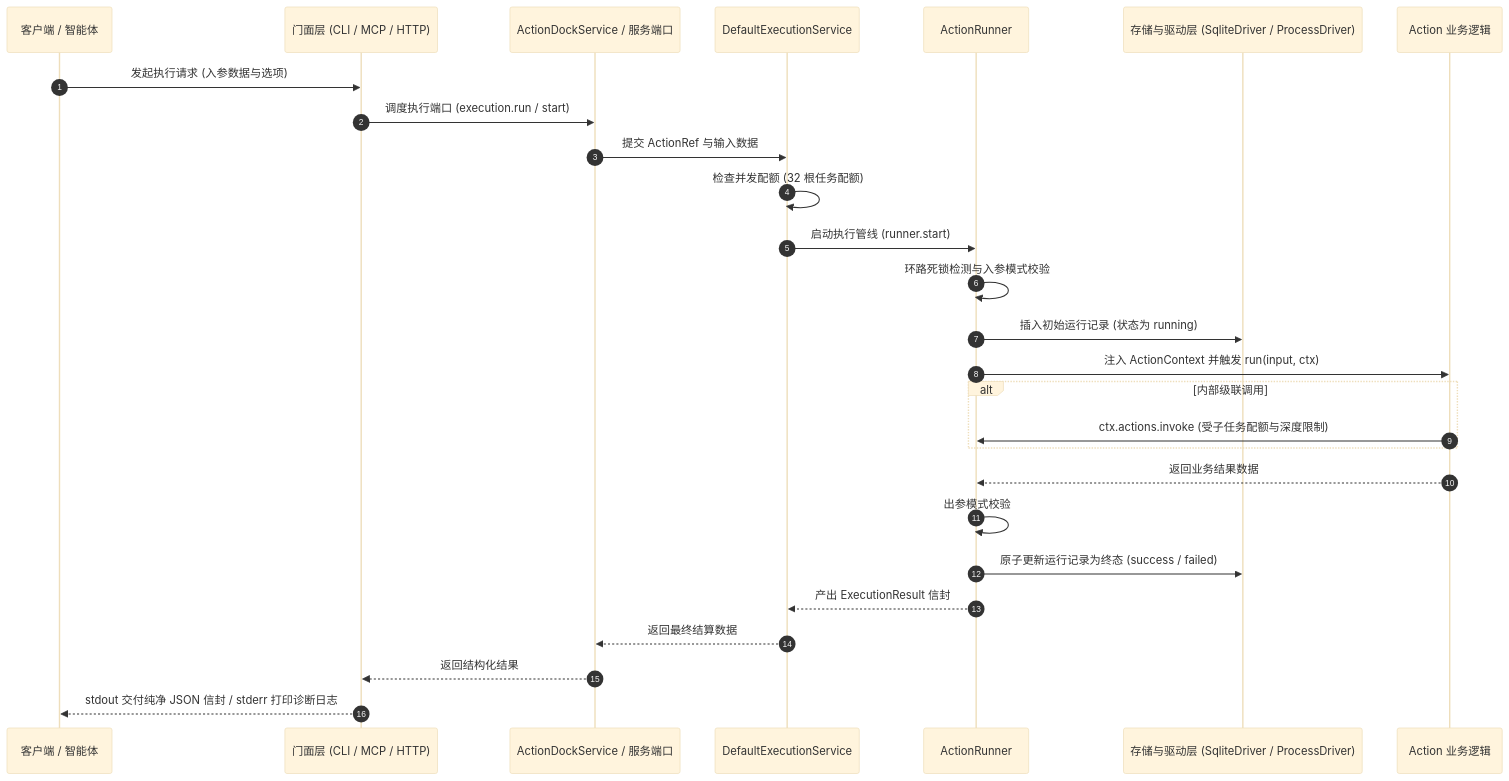
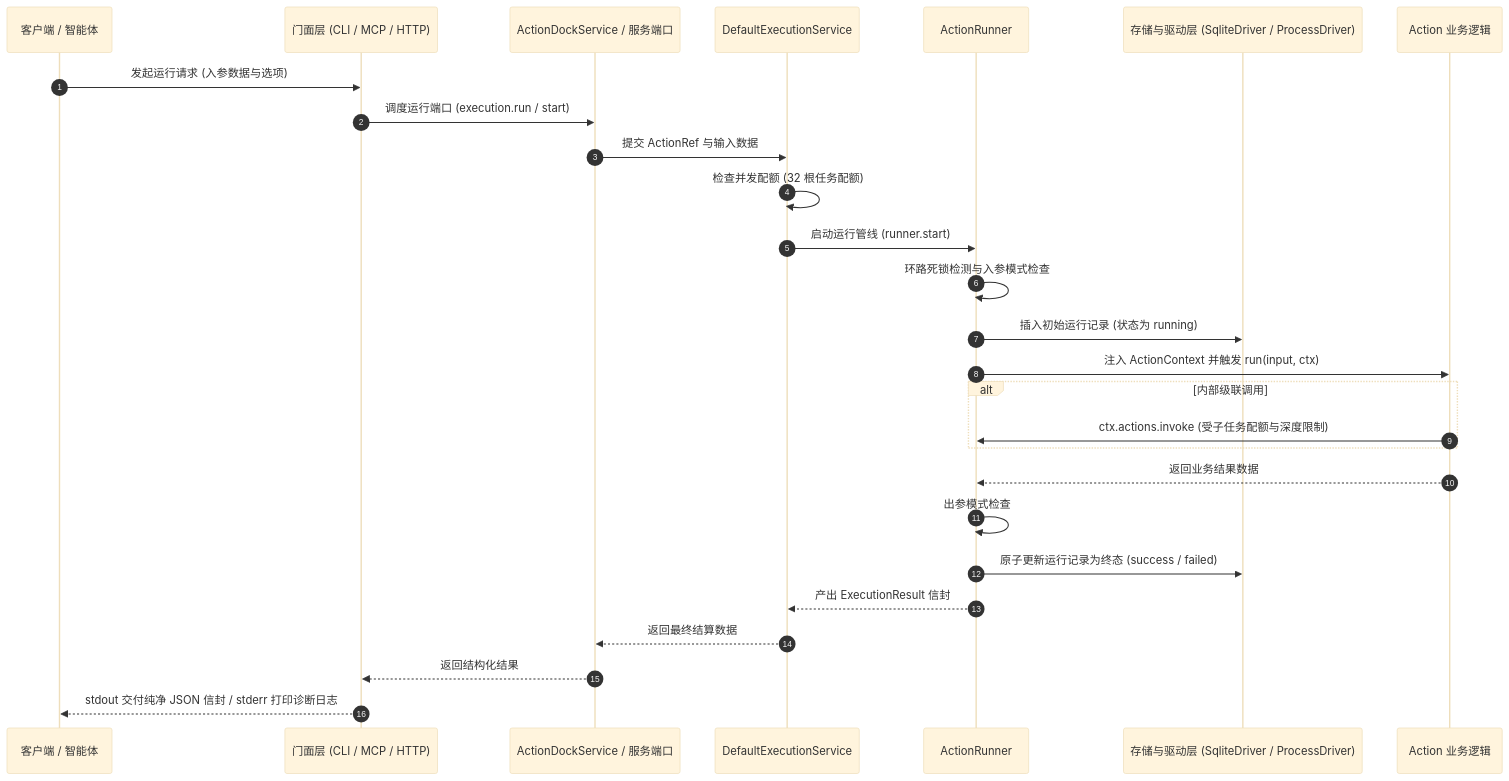
The second of 3 diagrams in docs/architecture/runtime.md (team4u/actiondock), drawn with Mermaid (base theme) before and after one commit. The commit also changed other lines of this file and 52 other files, not shown here.

````diff
--- a/docs/architecture/runtime.md
+++ b/docs/architecture/runtime.md
@@ -61,30 +65,30 @@
 ```mermaid
 sequenceDiagram
     autonumber
     participant Client as 客户端 / 智能体
     participant Facade as 门面层 (CLI / MCP / HTTP)
     participant Service as ActionDockService / 服务端口
     participant ExecService as DefaultExecutionService
     participant Runner as ActionRunner
     participant Driver as 存储与驱动层 (SqliteDriver / ProcessDriver)
     participant Action as Action 业务逻辑
 
-    Client->>Facade: 发起执行请求 (入参数据与选项)
-    Facade->>Service: 调度执行端口 (execution.run / start)
+    Client->>Facade: 发起运行请求 (入参数据与选项)
+    Facade->>Service: 调度运行端口 (execution.run / start)
     Service->>ExecService: 提交 ActionRef 与输入数据
     ExecService->>ExecService: 检查并发配额 (32 根任务配额)
-    ExecService->>Runner: 启动执行管线 (runner.start)
-    Runner->>Runner: 环路死锁检测与入参模式校验
+    ExecService->>Runner: 启动运行管线 (runner.start)
+    Runner->>Runner: 环路死锁检测与入参模式检查
     Runner->>Driver: 插入初始运行记录 (状态为 running)
     Runner->>Action: 注入 ActionContext 并触发 run(input, ctx)
     alt 内部级联调用
         Action->>Runner: ctx.actions.invoke (受子任务配额与深度限制)
     end
     Action-->>Runner: 返回业务结果数据
-    Runner->>Runner: 出参模式校验
+    Runner->>Runner: 出参模式检查
     Runner->>Driver: 原子更新运行记录为终态 (success / failed)
     Runner-->>ExecService: 产出 ExecutionResult 信封
     ExecService-->>Service: 返回最终结算数据
     Service-->>Facade: 返回结构化结果
     Facade-->>Client: stdout 交付纯净 JSON 信封 / stderr 打印诊断日志
 ```
````
